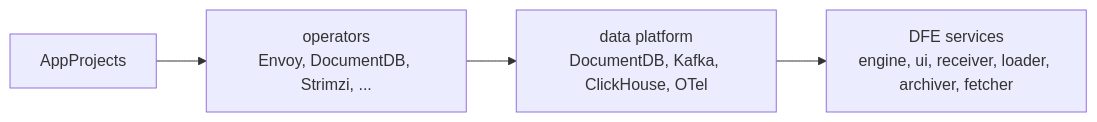
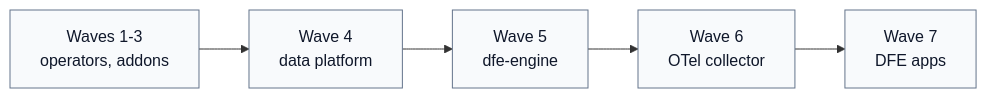
The first of 2 diagrams in docs/deployment/on-prem.md (hyperi-io/dfe-infra), drawn with Mermaid before and after one commit. The commit also changed other lines of this file and 63 other files, not shown here.

````diff
--- a/docs/deployment/on-prem.md
+++ b/docs/deployment/on-prem.md
@@ -73,6 +75,15 @@
 ```mermaid
 flowchart LR
-  W1["AppProjects"] --> W2["operators<br/>Envoy, DocumentDB, Strimzi, ..."]
-  W2 --> W4["data platform<br/>DocumentDB, Kafka, ClickHouse, OTel"]
-  W4 --> W5["DFE services<br/>engine, ui, receiver, loader, archiver, fetcher"]
+    accTitle: L4 Detail -- Argo CD sync waves
+    accDescr: Waves 1 to 3 install the operators and addons. Wave 4 brings up the data platform. Wave 5 is dfe-engine, which applies the schema. Wave 6 is the OTel collector and wave 7 the DFE apps.
+
+    ops["Waves 1-3<br/>operators, addons"]
+    data["Wave 4<br/>data platform"]
+    engine["Wave 5<br/>dfe-engine"]
+    otel["Wave 6<br/>OTel collector"]
+    apps["Wave 7<br/>DFE apps"]
+
+    ops --> data --> engine --> otel --> apps
+
+    classDef default fill:#F8FAFC,stroke:#64748B,stroke-width:1px,color:#0F172A
 ```
````
